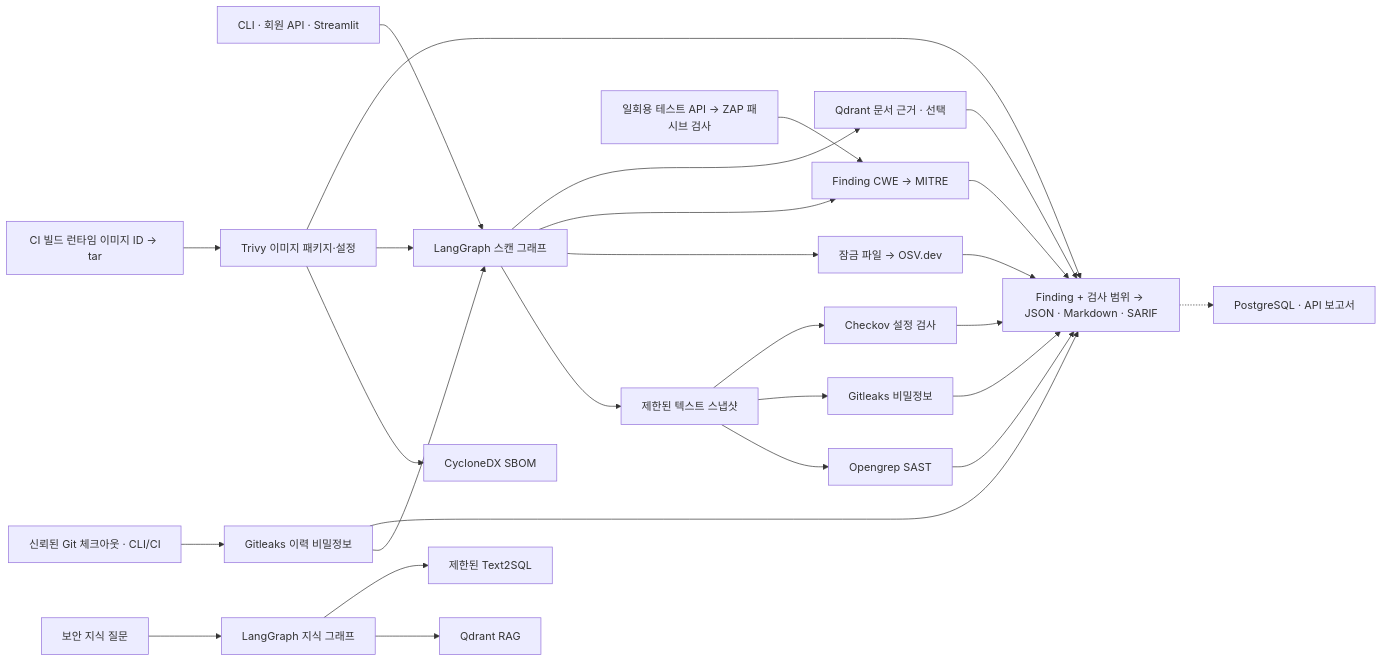
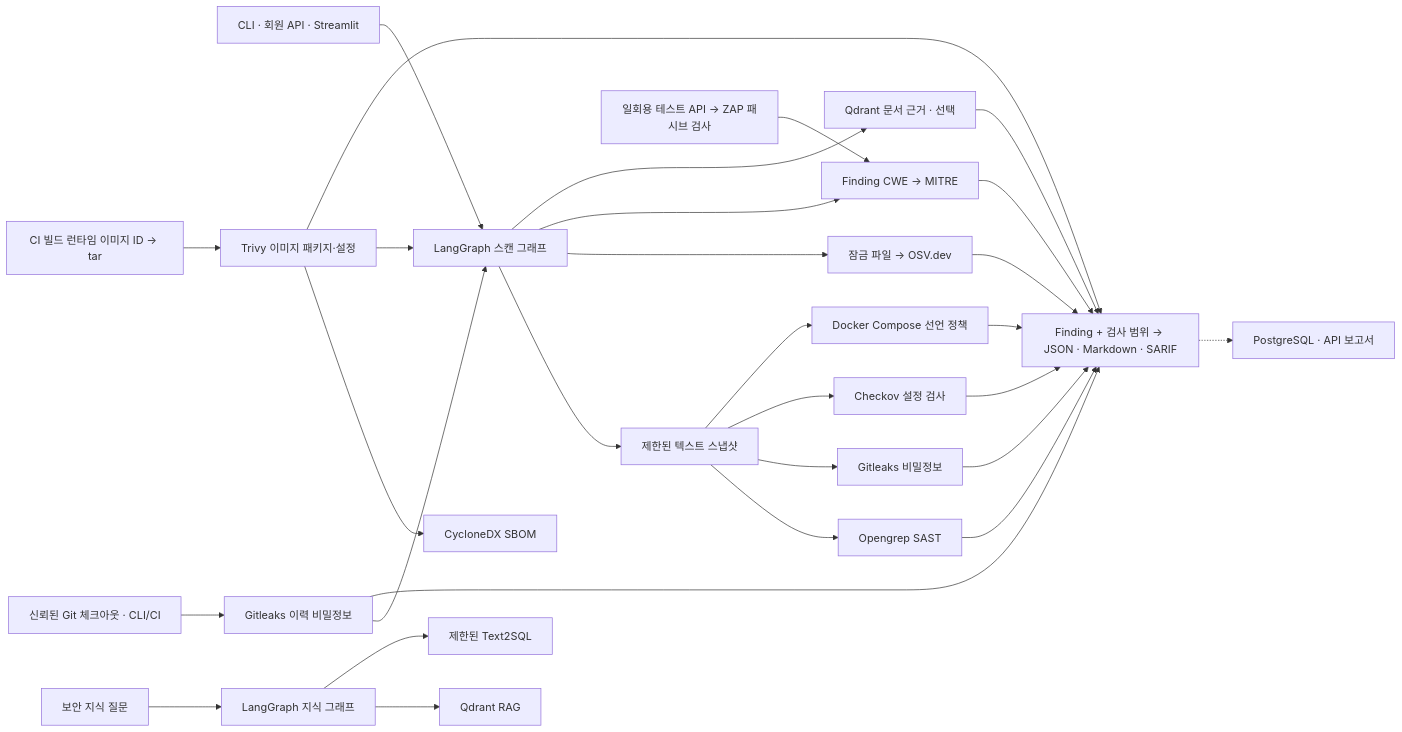
Before and after one commit to taehyeon-git/SecRAGraph: the diagram in README.md, drawn with Mermaid. The commit also changed other lines of this file and 20 other files, not shown here.

First line of the commit message:
Add Docker Compose IaC policy coverage and honest evidence (#18)

````diff
--- a/README.md
+++ b/README.md
@@ -51,29 +51,31 @@
 ```mermaid
 flowchart LR
   INPUT["CLI · 회원 API · Streamlit"] --> SCAN["LangGraph 스캔 그래프"]
   SCAN --> SNAP["제한된 텍스트 스냅샷"]
   SNAP --> SAST["Opengrep SAST"]
   SNAP --> SECRET["Gitleaks 비밀정보"]
   HISTORY["신뢰된 Git 체크아웃 · CLI/CI"] --> HISTSECRET["Gitleaks 이력 비밀정보"]
   HISTSECRET --> SCAN
   IMAGE["CI 빌드 런타임 이미지 ID → tar"] --> TRIVY["Trivy 이미지 패키지·설정"]
   TRIVY --> SBOM["CycloneDX SBOM"]
   TRIVY --> SCAN
   SNAP --> CONFIG["Checkov 설정 검사"]
+  SNAP --> COMPOSEPOLICY["Docker Compose 선언 정책"]
   SCAN --> OSV["잠금 파일 → OSV.dev"]
   SCAN --> CWE["Finding CWE → MITRE"]
   SCAN --> EVIDENCE["Qdrant 문서 근거 · 선택"]
   DAST["일회용 테스트 API → ZAP 패시브 검사"] --> CWE
   SAST --> REPORT["Finding + 검사 범위 → JSON · Markdown · SARIF"]
   SECRET --> REPORT
   HISTSECRET --> REPORT
   TRIVY --> REPORT
   CONFIG --> REPORT
+  COMPOSEPOLICY --> REPORT
   OSV --> REPORT
   CWE --> REPORT
   EVIDENCE --> REPORT
   REPORT -.-> STORE["PostgreSQL · API 보고서"]
   QUESTION["보안 지식 질문"] --> KNOWLEDGE["LangGraph 지식 그래프"]
   KNOWLEDGE --> RAG["Qdrant RAG"]
   KNOWLEDGE --> SQL["제한된 Text2SQL"]
 ```
````
